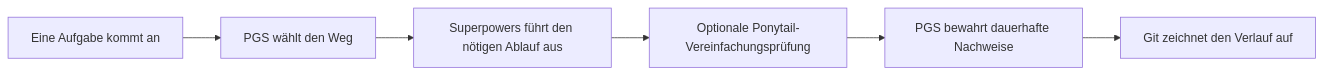
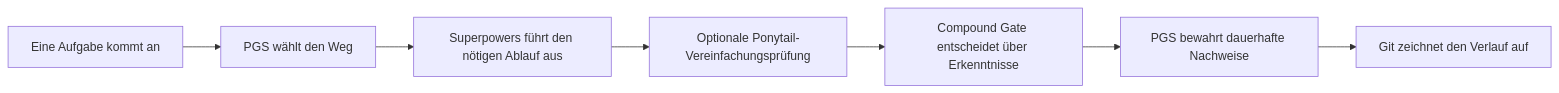
The first of 2 diagrams in README.de.md (PieAIStudio/ProjectGovernanceSystem), drawn with Mermaid before and after one commit. The commit also changed other lines of this file and 11 other files, not shown here.

First line of the commit message:
Align public docs with Compound Gate

````diff
--- a/README.de.md
+++ b/README.de.md
@@ -63,8 +65,9 @@
 ```mermaid
 flowchart LR
   A["Eine Aufgabe kommt an"] --> B["PGS wählt den Weg"]
   B --> C["Superpowers führt den nötigen Ablauf aus"]
   C --> D["Optionale Ponytail-Vereinfachungsprüfung"]
-  D --> E["PGS bewahrt dauerhafte Nachweise"]
-  E --> F["Git zeichnet den Verlauf auf"]
+  D --> E["Compound Gate entscheidet über Erkenntnisse"]
+  E --> F["PGS bewahrt dauerhafte Nachweise"]
+  F --> G["Git zeichnet den Verlauf auf"]
 ```
````
